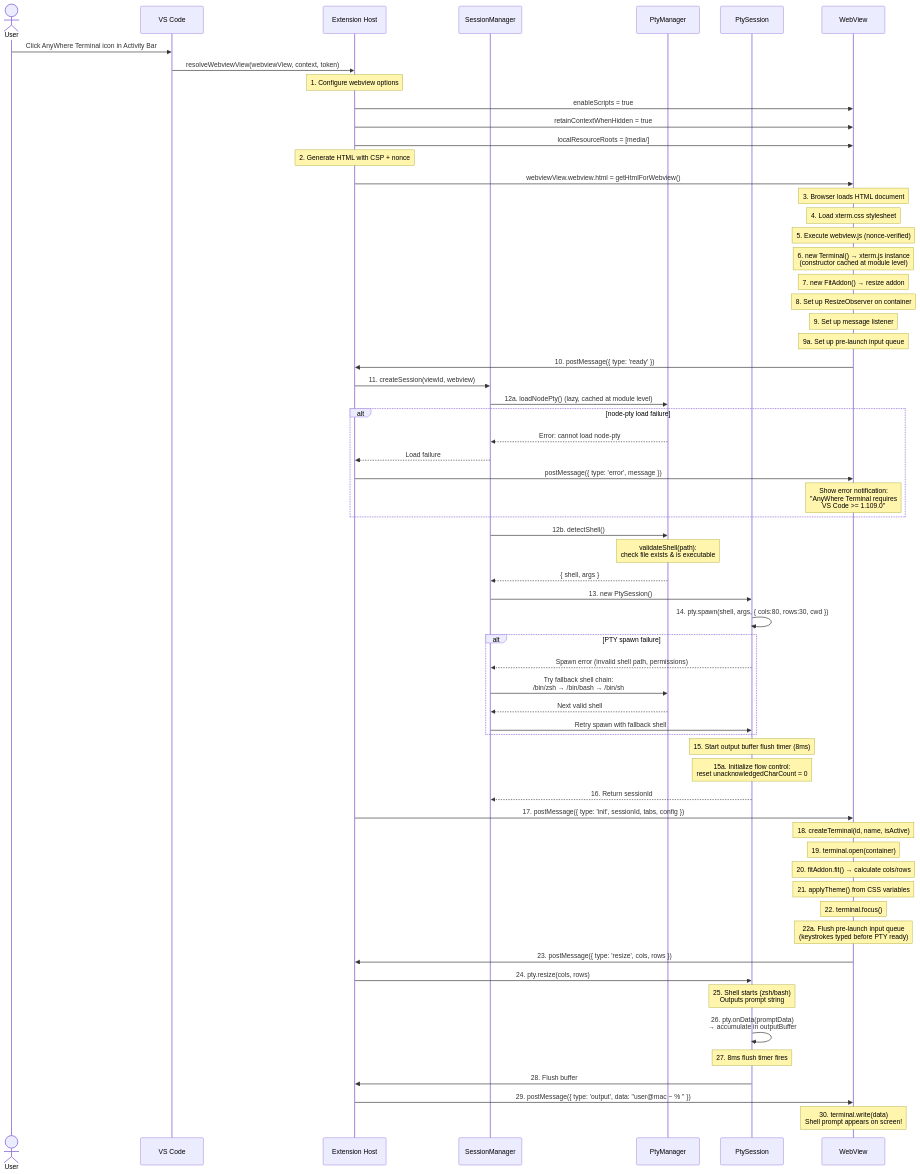
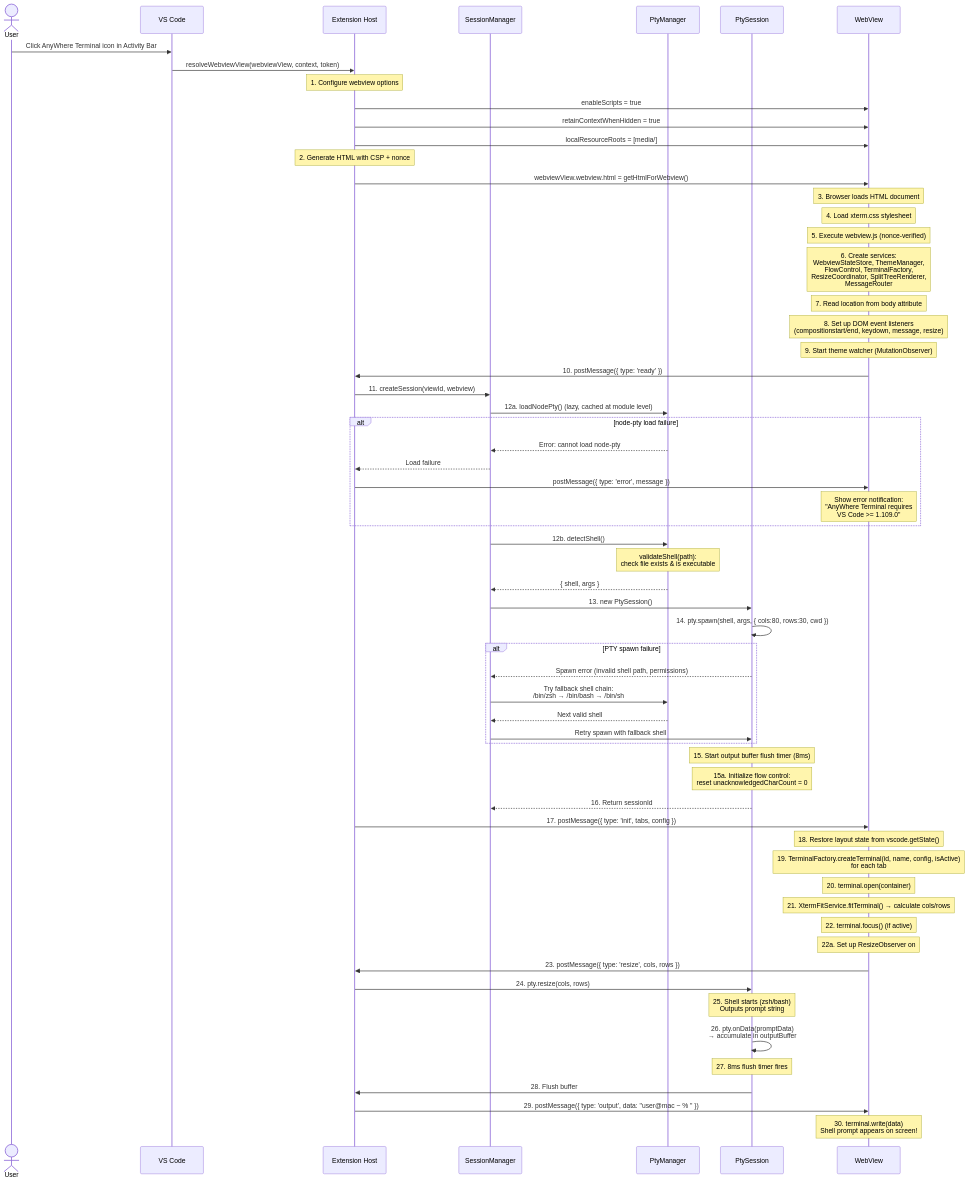
Before and after one commit to huybuidac/anywhere-terminal: the diagram in docs/design/flow-initialization.md, drawn with Mermaid. The commit also changed other lines of this file and 46 other files, not shown here.

Commit message:
refactor: extract terminal factory, split renderer, and flow control into dedicated modules, reducing main.ts to a composition root, and add new webview tests.

````diff
--- a/docs/design/flow-initialization.md
+++ b/docs/design/flow-initialization.md
@@ -13,81 +13,80 @@
 ```mermaid
 sequenceDiagram
     actor User
     participant VSCode as VS Code
     participant Ext as Extension Host
     participant SM as SessionManager
     participant PM as PtyManager
     participant PTY as PtySession
     participant WV as WebView
 
     User->>VSCode: Click AnyWhere Terminal icon in Activity Bar
     VSCode->>Ext: resolveWebviewView(webviewView, context, token)
 
     Note over Ext: 1. Configure webview options
     Ext->>WV: enableScripts = true
     Ext->>WV: retainContextWhenHidden = true
     Ext->>WV: localResourceRoots = [media/]
 
     Note over Ext: 2. Generate HTML with CSP + nonce
     Ext->>WV: webviewView.webview.html = getHtmlForWebview()
 
     Note over WV: 3. Browser loads HTML document
     Note over WV: 4. Load xterm.css stylesheet
     Note over WV: 5. Execute webview.js (nonce-verified)
-    Note over WV: 6. new Terminal() → xterm.js instance<br/>(constructor cached at module level)
-    Note over WV: 7. new FitAddon() → resize addon
-    Note over WV: 8. Set up ResizeObserver on container
-    Note over WV: 9. Set up message listener
-    Note over WV: 9a. Set up pre-launch input queue
+    Note over WV: 6. Create services:<br/>WebviewStateStore, ThemeManager,<br/>FlowControl, TerminalFactory,<br/>ResizeCoordinator, SplitTreeRenderer,<br/>MessageRouter
+    Note over WV: 7. Read location from body attribute
+    Note over WV: 8. Set up DOM event listeners<br/>(compositionstart/end, keydown, message, resize)
+    Note over WV: 9. Start theme watcher (MutationObserver)
 
     WV->>Ext: 10. postMessage({ type: 'ready' })
 
     Ext->>SM: 11. createSession(viewId, webview)
 
     SM->>PM: 12a. loadNodePty() (lazy, cached at module level)
     alt node-pty load failure
         PM-->>SM: Error: cannot load node-pty
         SM-->>Ext: Load failure
         Ext->>WV: postMessage({ type: 'error', message })
         Note over WV: Show error notification:<br/>"AnyWhere Terminal requires<br/>VS Code >= 1.109.0"
     end
 
     SM->>PM: 12b. detectShell()
     Note over PM: validateShell(path):<br/>check file exists & is executable
     PM-->>SM: { shell, args }
 
     SM->>PTY: 13. new PtySession()
     PTY->>PTY: 14. pty.spawn(shell, args, { cols:80, rows:30, cwd })
 
     alt PTY spawn failure
         PTY-->>SM: Spawn error (invalid shell path, permissions)
         SM->>PM: Try fallback shell chain:<br/>/bin/zsh → /bin/bash → /bin/sh
         PM-->>SM: Next valid shell
         SM->>PTY: Retry spawn with fallback shell
     end
 
     Note over PTY: 15. Start output buffer flush timer (8ms)
     Note over PTY: 15a. Initialize flow control:<br/>reset unacknowledgedCharCount = 0
     PTY-->>SM: 16. Return sessionId
 
-    Ext->>WV: 17. postMessage({ type: 'init', sessionId, tabs, config })
+    Ext->>WV: 17. postMessage({ type: 'init', tabs, config })
 
-    Note over WV: 18. createTerminal(id, name, isActive)
-    Note over WV: 19. terminal.open(container)
-    Note over WV: 20. fitAddon.fit() → calculate cols/rows
-    Note over WV: 21. applyTheme() from CSS variables
-    Note over WV: 22. terminal.focus()
-    Note over WV: 22a. Flush pre-launch input queue<br/>(keystrokes typed before PTY ready)
+    Note over WV: 18. Restore layout state from vscode.getState()
+    Note over WV: 19. TerminalFactory.createTerminal(id, name, config, isActive)<br/>for each tab
+    Note over WV: 20. terminal.open(container)
+    Note over WV: 21. XtermFitService.fitTerminal() → calculate cols/rows
+    Note over WV: 22. terminal.focus() (if active)
+    Note over WV: 22a. Set up ResizeObserver on #terminal-container
 
     WV->>Ext: 23. postMessage({ type: 'resize', cols, rows })
     Ext->>PTY: 24. pty.resize(cols, rows)
 
     Note over PTY: 25. Shell starts (zsh/bash)<br/>Outputs prompt string
     PTY->>PTY: 26. pty.onData(promptData)<br/>→ accumulate in outputBuffer
 
     Note over PTY: 27. 8ms flush timer fires
     PTY->>Ext: 28. Flush buffer
     Ext->>WV: 29. postMessage({ type: 'output', data: "user@mac ~ % " })
 
     Note over WV: 30. terminal.write(data)<br/>Shell prompt appears on screen!
 ```
````
